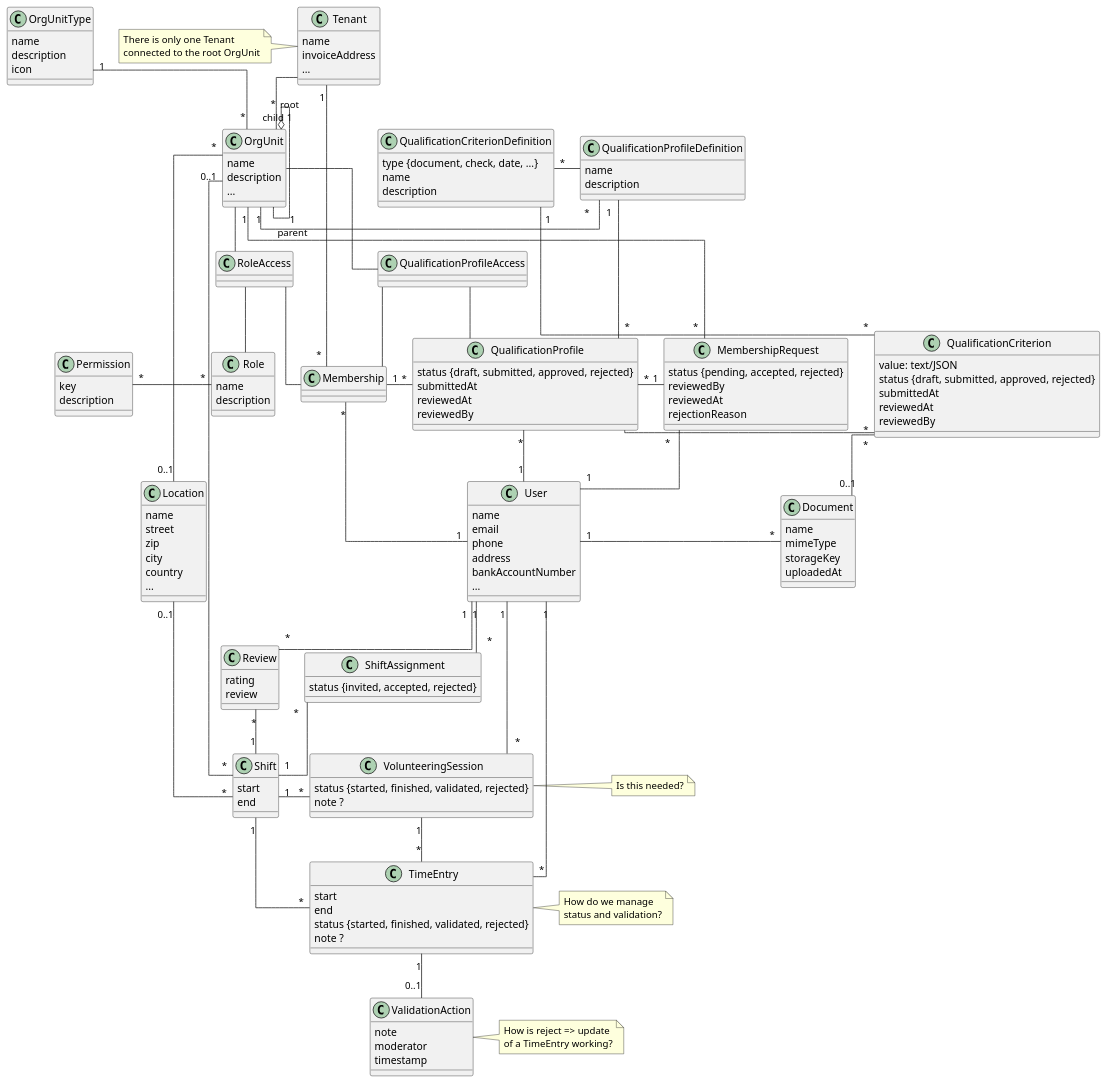
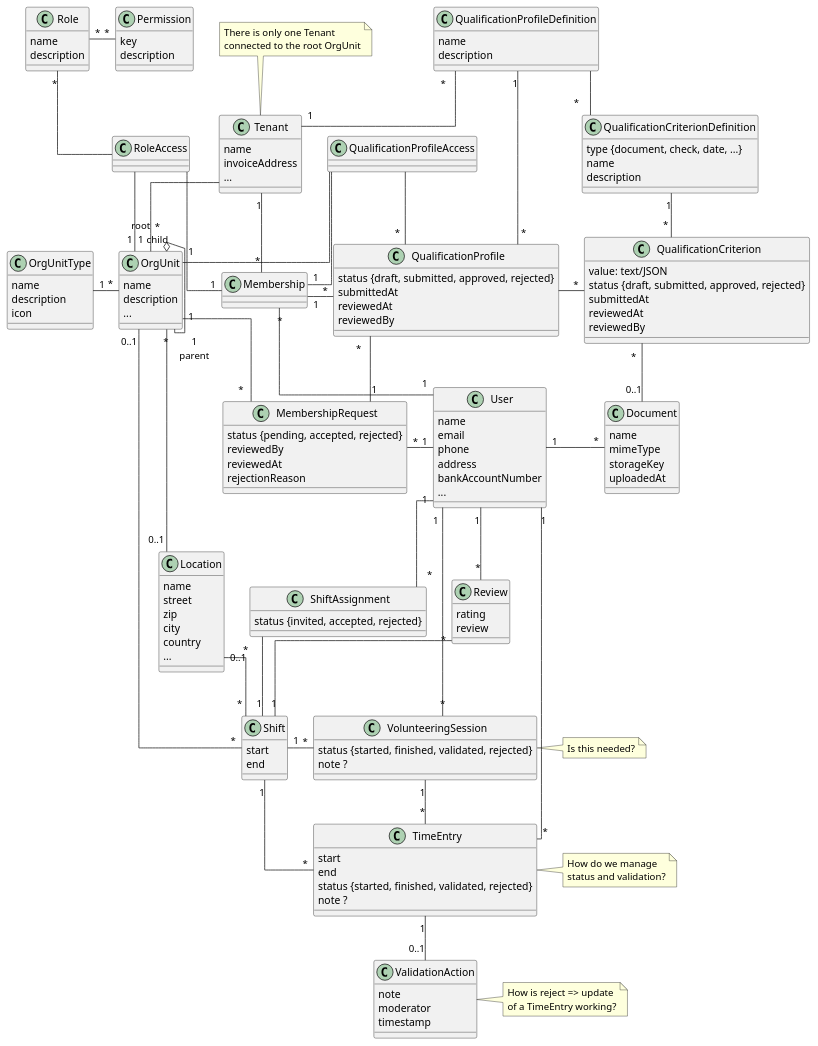
Before and after one commit to holi-social/caluno: the diagram in models/model_with_tenant_membership.plantuml, drawn with PlantUML.

Commit message:
model: formatting draft layout

```diff
--- a/models/model_with_tenant_membership.plantuml
+++ b/models/model_with_tenant_membership.plantuml
@@ -1,157 +1,156 @@
 @startuml clippy
 skinparam linetype ortho
 class Tenant {
     name
     invoiceAddress
     ...
 }
-note left: There is only one Tenant\nconnected to the root OrgUnit
+note top: There is only one Tenant\nconnected to the root OrgUnit
 class OrgUnit {
     name
     description
     ...
 }
 class OrgUnitType {
     name
     description
     icon
 }
 class Location {
     name
     street
     zip
     city
     country
     ...
 }
 class User {
     name
     email
     phone
     address
     bankAccountNumber
     ...
 }
 class Shift {
     start
     end
 }
 class TimeEntry {
     start
     end
     status {started, finished, validated, rejected}
     note ?
 }
 note right: How do we manage\nstatus and validation?
 class Membership {
 }
 class Role {
     name
     description
 }
 class Permission {
     key
     description
 }
 class MembershipRequest {
     status {pending, accepted, rejected}
     reviewedBy
     reviewedAt
     rejectionReason
 }
 class ShiftAssignment {
     status {invited, accepted, rejected}
 }
 class Review {
     rating
     review
 }
 class VolunteeringSession {
     status {started, finished, validated, rejected}
     note ?
 }
 note right: Is this needed?
 class ValidationAction {
     note
     moderator
     timestamp
 }
 note right: How is reject => update\nof a TimeEntry working?
 
 class QualificationProfileDefinition {
     name
     description
 }
 class QualificationCriterionDefinition {
     type {document, check, date, ...}
     name
     description
 }
 class QualificationProfile {
     status {draft, submitted, approved, rejected}
     submittedAt
     reviewedAt
     reviewedBy
 }
 class QualificationCriterion {
     value: text/JSON
     status {draft, submitted, approved, rejected}
     submittedAt
     reviewedAt
     reviewedBy
 }
 class Document {
     name
     mimeType
     storageKey
     uploadedAt
 }
 
 Tenant -down- "root\n1" OrgUnit
-OrgUnit "*" -up- "1" OrgUnitType
+OrgUnit "*" -left- "1" OrgUnitType
 OrgUnit "*\nchild" o-- "1\nparent" OrgUnit
 OrgUnit "0..1" -- "*" Shift
 Tenant "1" -right- "*" Membership
 Membership "*" -down- "1" User
 
-OrgUnit -- RoleAccess
-RoleAccess -- Membership
-RoleAccess -- Role
+RoleAccess -- "1" OrgUnit
+RoleAccess -- "1" Membership
+RoleAccess -up- "*" Role
 
-OrgUnit -- QualificationProfileAccess
-QualificationProfileAccess -- Membership
-QualificationProfileAccess -- QualificationProfile
+QualificationProfileAccess -- "1" OrgUnit
+QualificationProfileAccess -- "1" Membership
+QualificationProfileAccess -- "*" QualificationProfile
 
 OrgUnit "1" -down- "*" MembershipRequest
 MembershipRequest "*" -right- "1" User
 
 Location "0..1" -up- "*" OrgUnit
 Location "0..1" -right- "*" Shift
 
-Role "*" -left- "*" Permission
+Role "*" -right- "*" Permission
 
-OrgUnit "1" -left- "*" QualificationProfileDefinition
-QualificationProfileDefinition -left- "*" QualificationCriterionDefinition
+Tenant "1" -up- "*" QualificationProfileDefinition
+QualificationProfileDefinition -right- "*" QualificationCriterionDefinition
 
 User "1" -right- "*" Document
 QualificationCriterion "*" -down- "0..1" Document
 Membership "1" -right- "*" QualificationProfile
-User "1" -up- "*" QualificationProfile
 QualificationProfile -right- "*" QualificationCriterion
 MembershipRequest "1" -left- "*" QualificationProfile
 
 QualificationProfile "*" -left- "1" QualificationProfileDefinition
 QualificationCriterion "*" -left- "1" QualificationCriterionDefinition
 
 ShiftAssignment "*" -up- "1" User
 Shift "1" -up- "*" ShiftAssignment
 Review "*" -up- "1" User
 Shift "1" -up- "*" Review
 TimeEntry "*" -up- "1" User
 TimeEntry "*" -- "1" Shift
 VolunteeringSession "*" -up- "1" User
 VolunteeringSession "*" -left- "1" Shift
 VolunteeringSession "1" -- "*" TimeEntry
 TimeEntry "1" -- "0..1" ValidationAction
 
 @enduml
```
